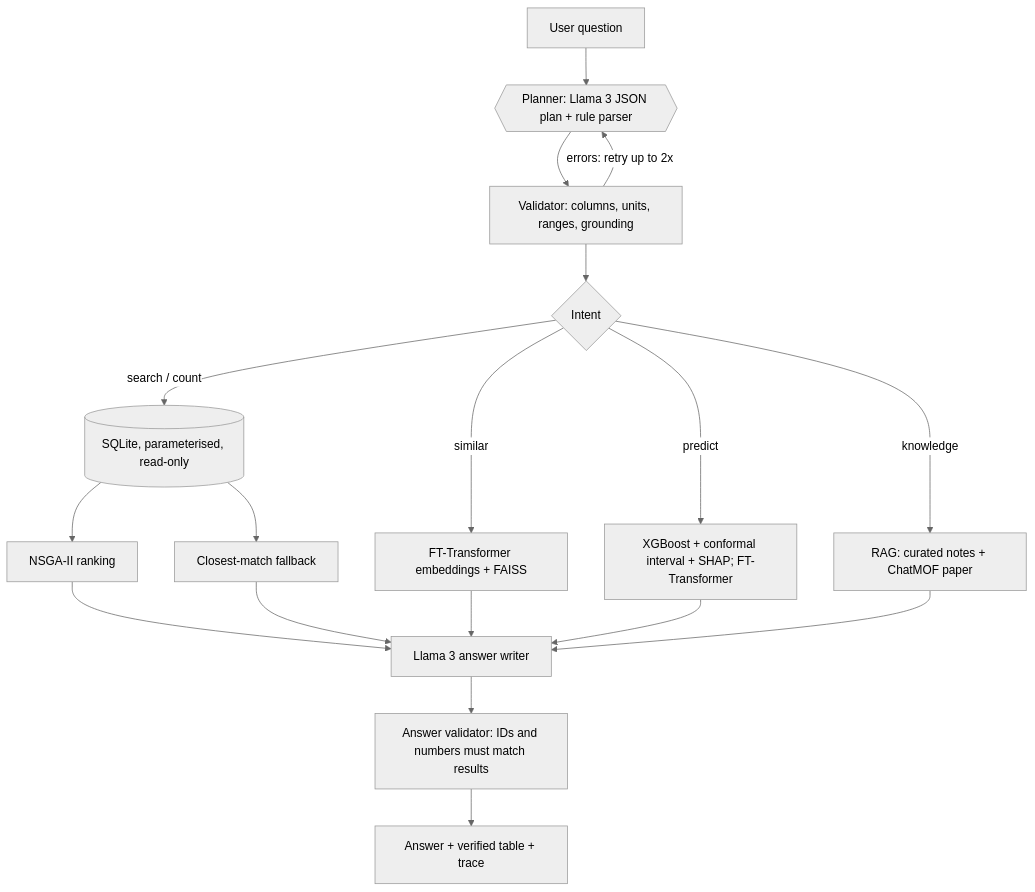
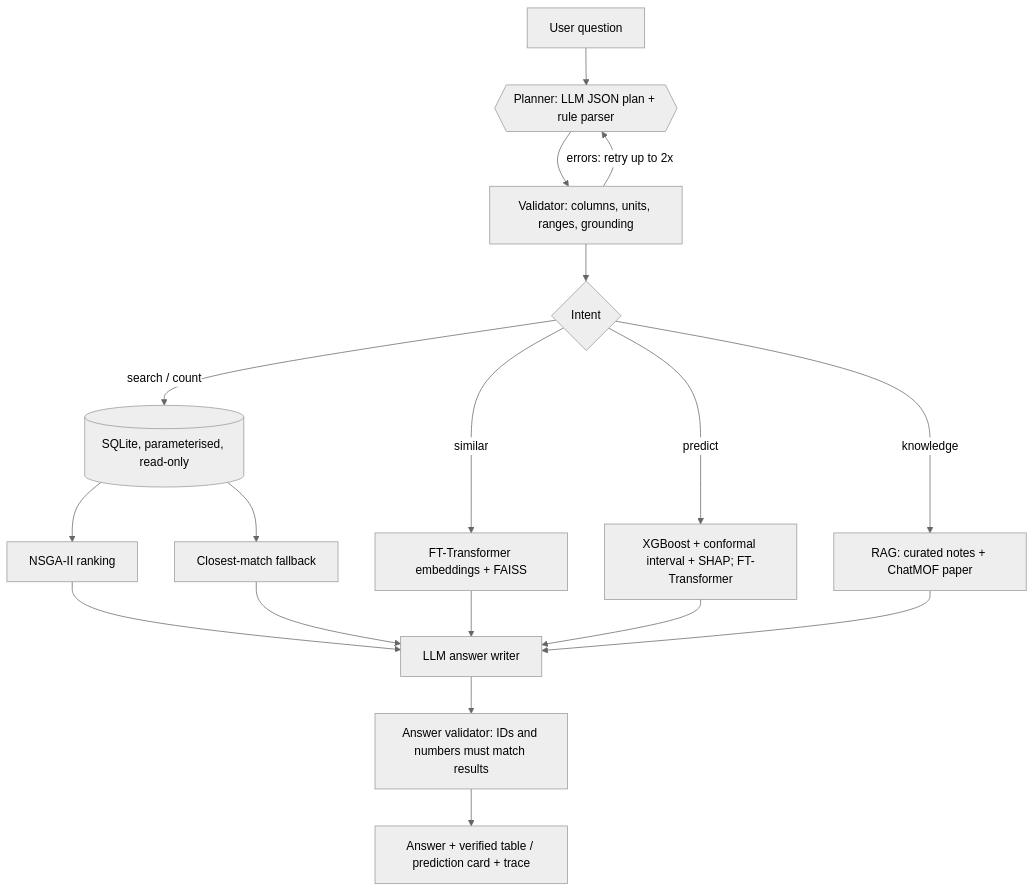
One commit to Sai-Mohith24/MOFChat-AI-Driven-Material-Recommendation- changed the diagram in docs/PROJECT_REPORT.md. Above: the diagram before and after it, drawn with Mermaid (neutral theme). The commit also changed other lines of this file and 123 other files, not shown here.

````diff
--- a/docs/PROJECT_REPORT.md
+++ b/docs/PROJECT_REPORT.md
@@ -75,20 +75,20 @@
 ```mermaid
 graph TD
-    Q[User question] --> P{{Planner: Llama 3 JSON plan + rule parser}}
+    Q[User question] --> P{{Planner: LLM JSON plan + rule parser}}
     P --> V[Validator: columns, units, ranges, grounding]
     V -->|errors: retry up to 2x| P
     V --> X{Intent}
     X -->|search / count| S[(SQLite, parameterised, read-only)]
     S --> N[NSGA-II ranking]
     S --> R[Closest-match fallback]
     X -->|similar| E[FT-Transformer embeddings + FAISS]
     X -->|predict| M[XGBoost + conformal interval + SHAP; FT-Transformer]
     X -->|knowledge| K[RAG: curated notes + ChatMOF paper]
-    N --> A[Llama 3 answer writer]
+    N --> A[LLM answer writer]
     R --> A
     E --> A
     M --> A
     K --> A
     A --> AV[Answer validator: IDs and numbers must match results]
-    AV --> U[Answer + verified table + trace]
+    AV --> U[Answer + verified table / prediction card + trace]
 ```
````
